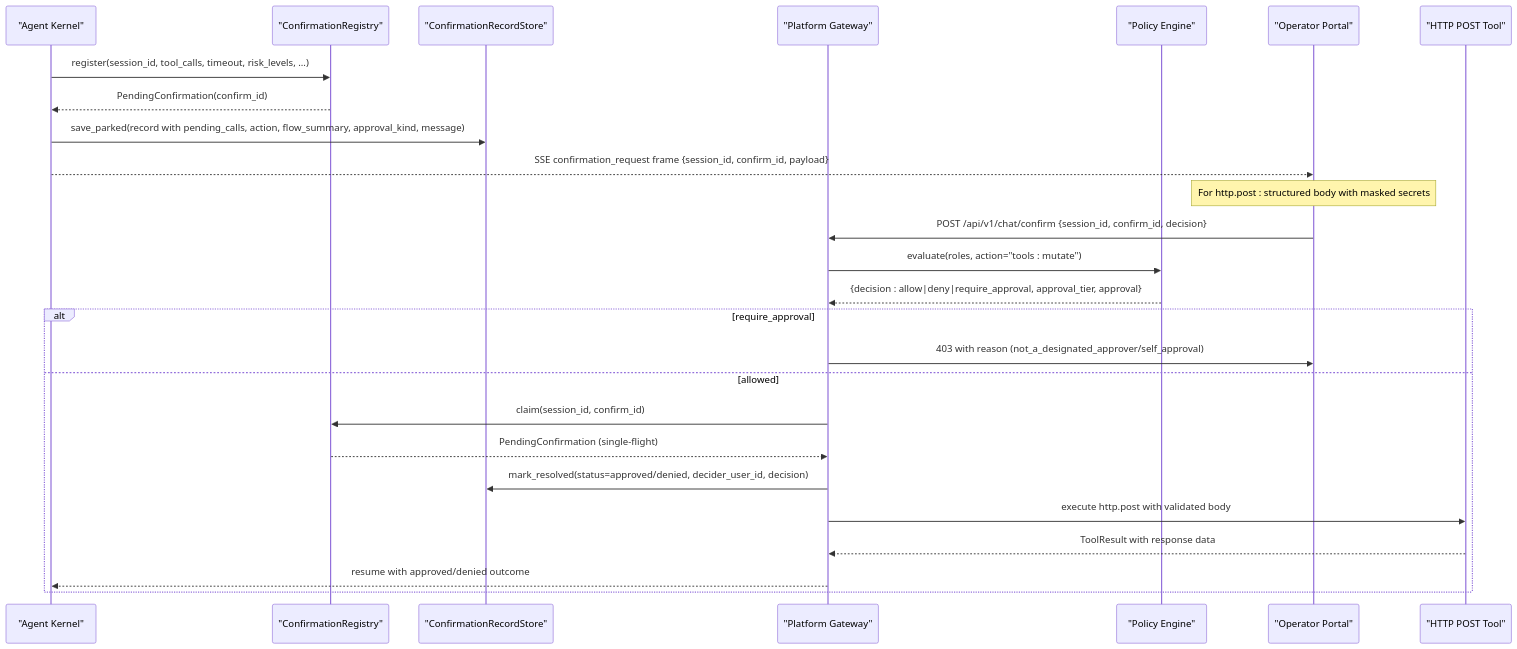
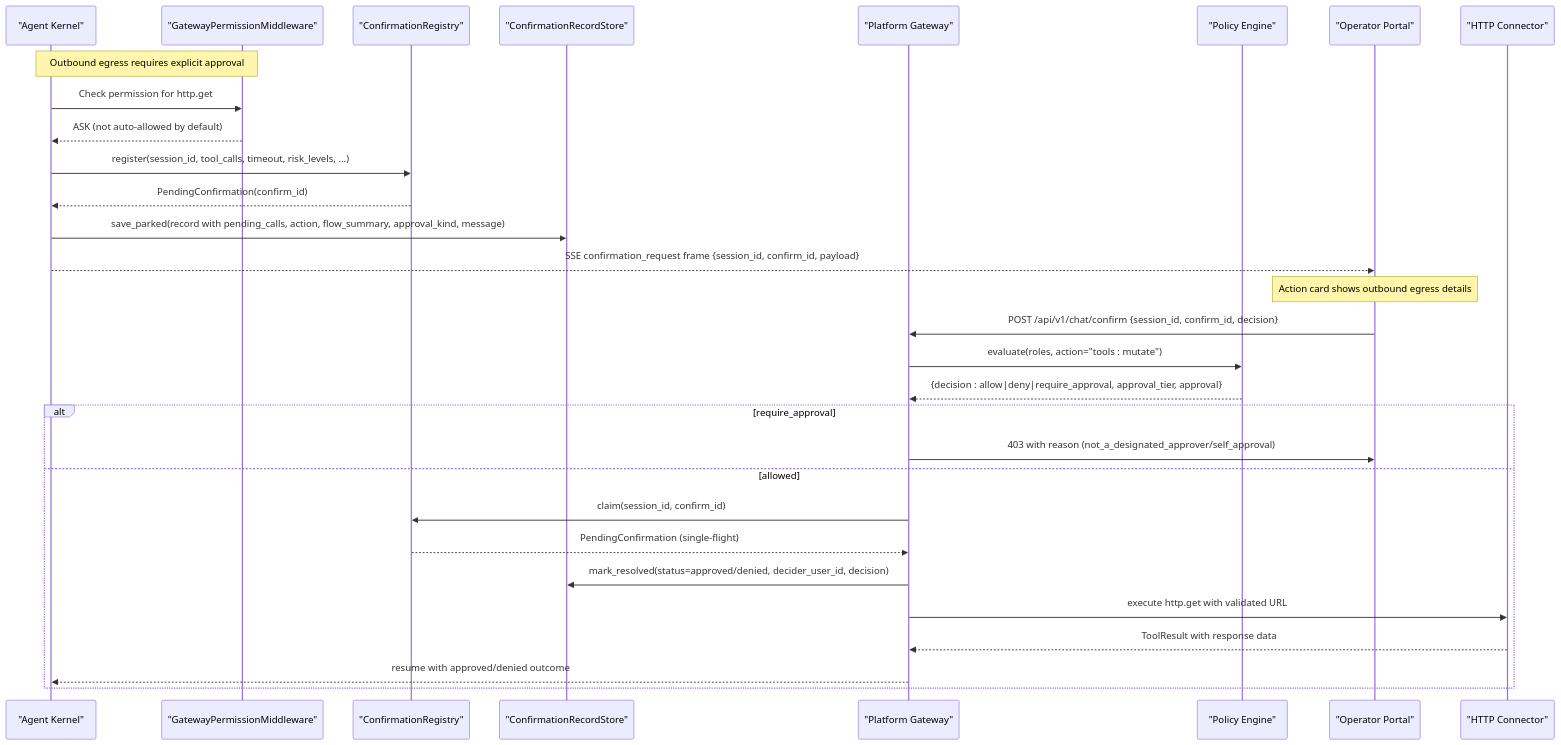
Before and after one commit to metasync/luban-aiops: the second of 9 diagrams in .qoder/repowiki/en/content/Core Services/Agent Platform/Human-in-the-Loop Approvals.md, drawn with Mermaid. The commit also changed other lines of this file and 250 other files, not shown here.

````diff
--- a/.qoder/repowiki/en/content/Core Services/Agent Platform/Human-in-the-Loop Approvals.md
+++ b/.qoder/repowiki/en/content/Core Services/Agent Platform/Human-in-the-Loop Approvals.md
@@ -123,28 +133,32 @@
 ```mermaid
 sequenceDiagram
 participant Agent as "Agent Kernel"
+participant Perm as "GatewayPermissionMiddleware"
 participant Reg as "ConfirmationRegistry"
 participant Rec as "ConfirmationRecordStore"
 participant GW as "Platform Gateway"
 participant Pol as "Policy Engine"
 participant Op as "Operator Portal"
-participant HTTP as "HTTP POST Tool"
+participant HTTP as "HTTP Connector"
+Note over Agent,Perm : Outbound egress requires explicit approval
+Agent->>Perm : Check permission for http.get
+Perm-->>Agent : ASK (not auto-allowed by default)
 Agent->>Reg : register(session_id, tool_calls, timeout, risk_levels, ...)
 Reg-->>Agent : PendingConfirmation(confirm_id)
 Agent->>Rec : save_parked(record with pending_calls, action, flow_summary, approval_kind, message)
 Agent-->>Op : SSE confirmation_request frame {session_id, confirm_id, payload}
-Note over Op : For http.post : structured body with masked secrets
+Note over Op : Action card shows outbound egress details
 Op->>GW : POST /api/v1/chat/confirm {session_id, confirm_id, decision}
 GW->>Pol : evaluate(roles, action="tools : mutate")
 Pol-->>GW : {decision : allow|deny|require_approval, approval_tier, approval}
 alt require_approval
 GW->>Op : 403 with reason (not_a_designated_approver/self_approval)
 else allowed
 GW->>Reg : claim(session_id, confirm_id)
 Reg-->>GW : PendingConfirmation (single-flight)
 GW->>Rec : mark_resolved(status=approved/denied, decider_user_id, decision)
-GW->>HTTP : execute http.post with validated body
+GW->>HTTP : execute http.get with validated URL
 HTTP-->>GW : ToolResult with response data
 GW-->>Agent : resume with approved/denied outcome
 end
 ```
````
